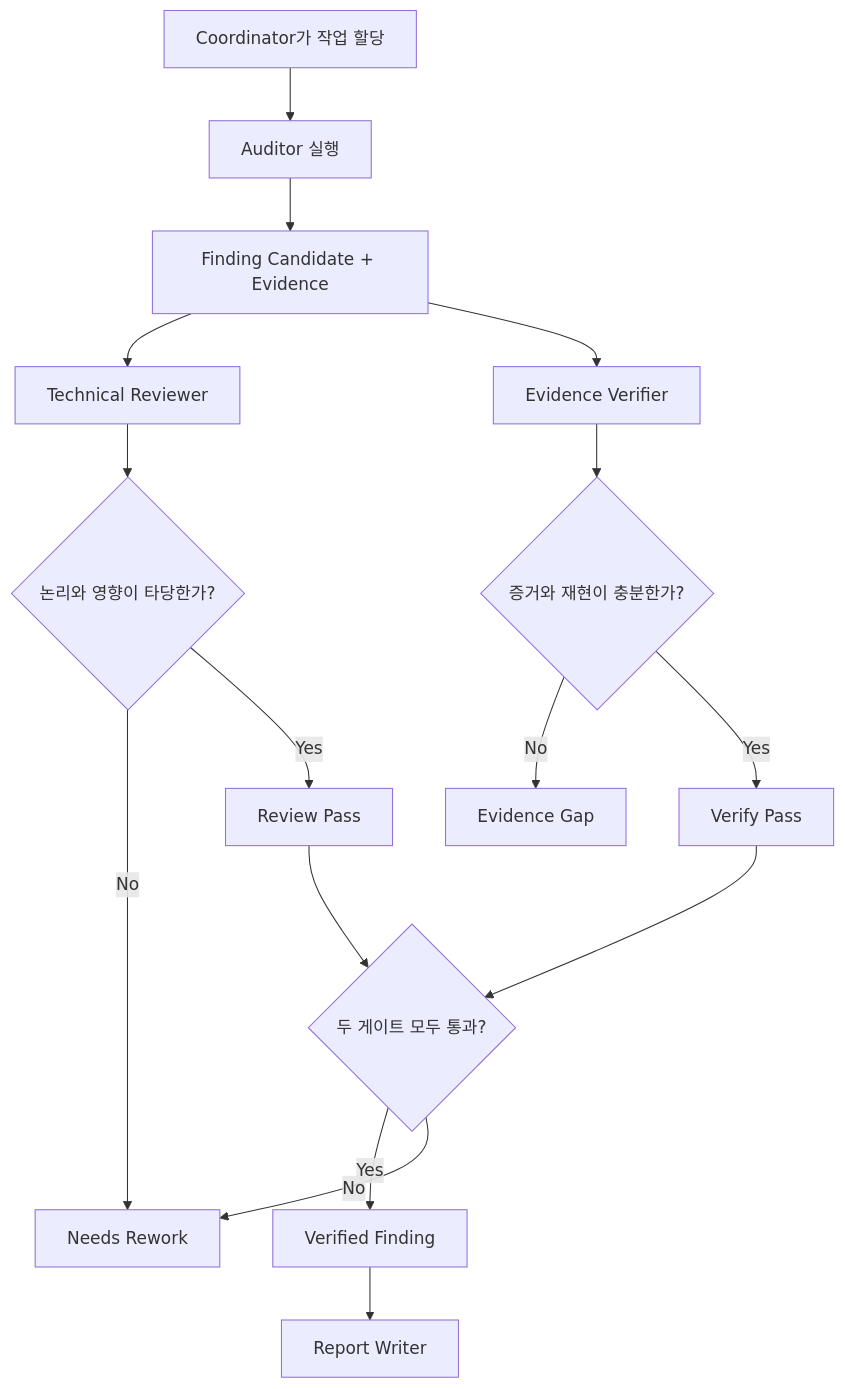
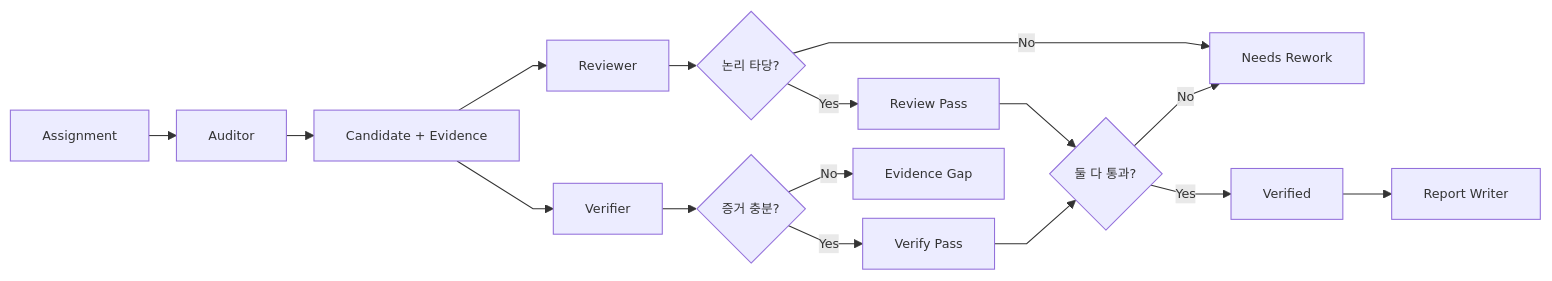
One commit to koalav/present-anyything changed the first of 2 diagrams in decks/windows-audit-design/pages/05_verification_gate.md. Above: the diagram before and after it, drawn with Mermaid. The commit also changed other lines of this file and 259 other files, not shown here.

````diff
--- a/decks/windows-audit-design/pages/05_verification_gate.md
+++ b/decks/windows-audit-design/pages/05_verification_gate.md
@@ -11,22 +13,19 @@
 ```mermaid
-flowchart TD
-    A[Coordinator가 작업 할당] --> B[Auditor 실행]
-    B --> C[Finding Candidate + Evidence]
-    C --> D[Technical Reviewer]
-    C --> E[Evidence Verifier]
-
-    D --> F{논리와 영향이 타당한가?}
-    E --> G{증거와 재현이 충분한가?}
-
-    F -->|No| H[Needs Rework]
-    G -->|No| I[Evidence Gap]
-
-    F -->|Yes| J[Review Pass]
-    G -->|Yes| K[Verify Pass]
-
-    J --> L{두 게이트 모두 통과?}
-    K --> L
-    L -->|Yes| M[Verified Finding]
-    L -->|No| H
+%%{init: {'themeVariables': {'fontSize': '12px'}, 'flowchart': {'nodeSpacing': 18, 'rankSpacing': 26, 'diagramPadding': 6, 'curve': 'linear'}}}%%
+flowchart LR
+    A[Assignment] --> B[Auditor]
+    B --> C[Candidate + Evidence]
+    C --> D[Reviewer]
+    C --> E[Verifier]
+    D --> F{논리 타당?}
+    E --> G{증거 충분?}
+    F -->|Yes| H[Review Pass]
+    G -->|Yes| I[Verify Pass]
+    F -->|No| J[Needs Rework]
+    G -->|No| K[Evidence Gap]
+    H --> L{둘 다 통과?}
+    I --> L
+    L -->|Yes| M[Verified]
+    L -->|No| J
     M --> N[Report Writer]
 ```
````
